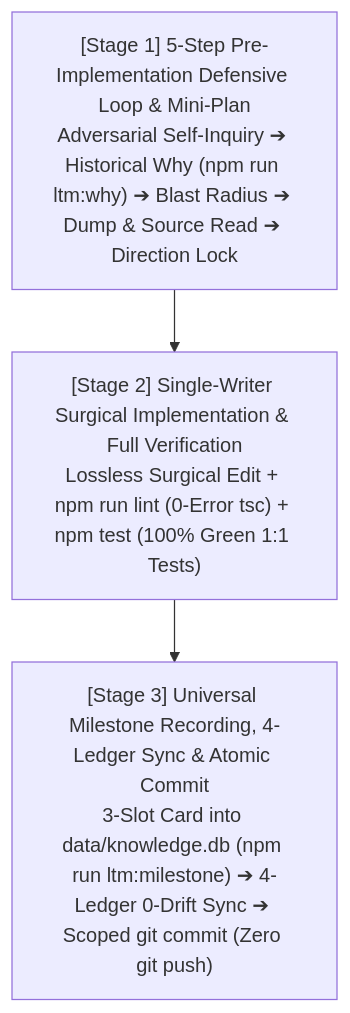
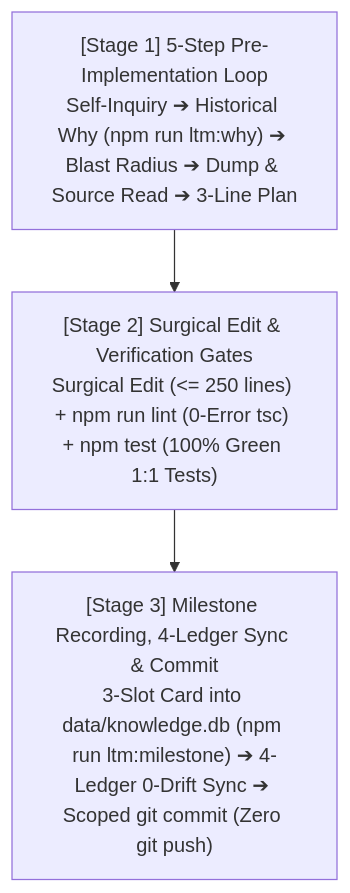
The diagram in .agents/skills/regular-track/SKILL.md (jinseobhong/eterna-luminas), drawn with Mermaid before and after one commit. The commit also changed other lines of this file and 12 other files, not shown here.

````diff
--- a/.agents/skills/regular-track/SKILL.md
+++ b/.agents/skills/regular-track/SKILL.md
@@ -14,5 +14,5 @@
 ```mermaid
 flowchart TD
-    S1["[Stage 1] 5-Step Pre-Implementation Defensive Loop & Mini-Plan<br/>Adversarial Self-Inquiry ➔ Historical Why (npm run ltm:why) ➔ Blast Radius ➔ Dump & Source Read ➔ Direction Lock"] --> S2["[Stage 2] Single-Writer Surgical Implementation & Full Verification<br/>Lossless Surgical Edit + npm run lint (0-Error tsc) + npm test (100% Green 1:1 Tests)"]
-    S2 --> S3["[Stage 3] Universal Milestone Recording, 4-Ledger Sync & Atomic Commit<br/>3-Slot Card into data/knowledge.db (npm run ltm:milestone) ➔ 4-Ledger 0-Drift Sync ➔ Scoped git commit (Zero git push)"]
+    S1["[Stage 1] 5-Step Pre-Implementation Loop<br/>Self-Inquiry ➔ Historical Why (npm run ltm:why) ➔ Blast Radius ➔ Dump & Source Read ➔ 3-Line Plan"] --> S2["[Stage 2] Surgical Edit & Verification Gates<br/>Surgical Edit (<= 250 lines) + npm run lint (0-Error tsc) + npm test (100% Green 1:1 Tests)"]
+    S2 --> S3["[Stage 3] Milestone Recording, 4-Ledger Sync & Commit<br/>3-Slot Card into data/knowledge.db (npm run ltm:milestone) ➔ 4-Ledger 0-Drift Sync ➔ Scoped git commit (Zero git push)"]
 ```
````
